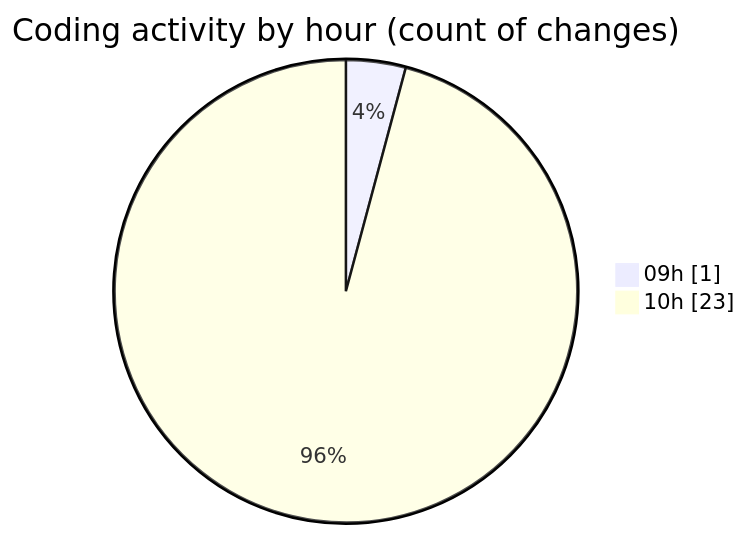
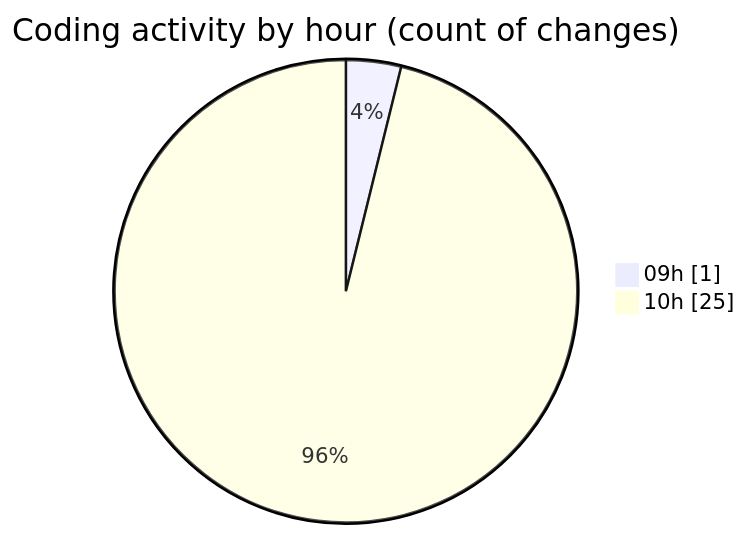
One commit to julien-gomy/code-tracking changed the second of 2 diagrams in 2025-11-17/eventscop-frontend-guide__workspace_/README.md. Above: the diagram before and after it, drawn with Mermaid. The commit also changed other lines of this file and 1 other file, not shown here.

````diff
--- a/2025-11-17/eventscop-frontend-guide__workspace_/README.md
+++ b/2025-11-17/eventscop-frontend-guide__workspace_/README.md
@@ -38,6 +39,6 @@
 ```mermaid
 pie showData
 title Coding activity by hour (count of changes)
 "09h" : 1
-"10h" : 23
+"10h" : 25
 ```
````
